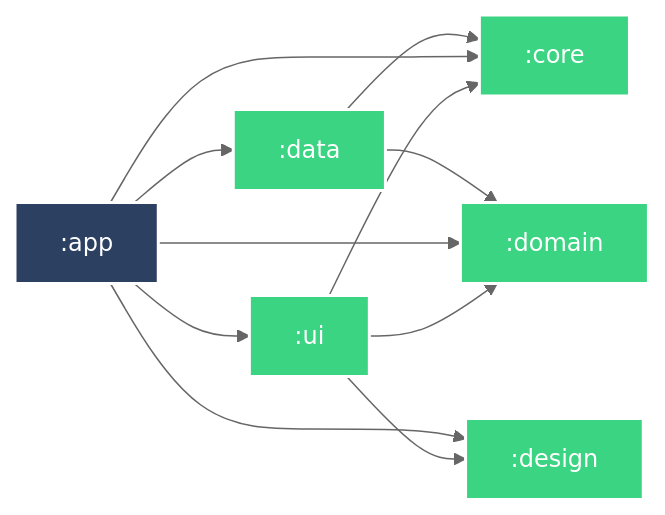
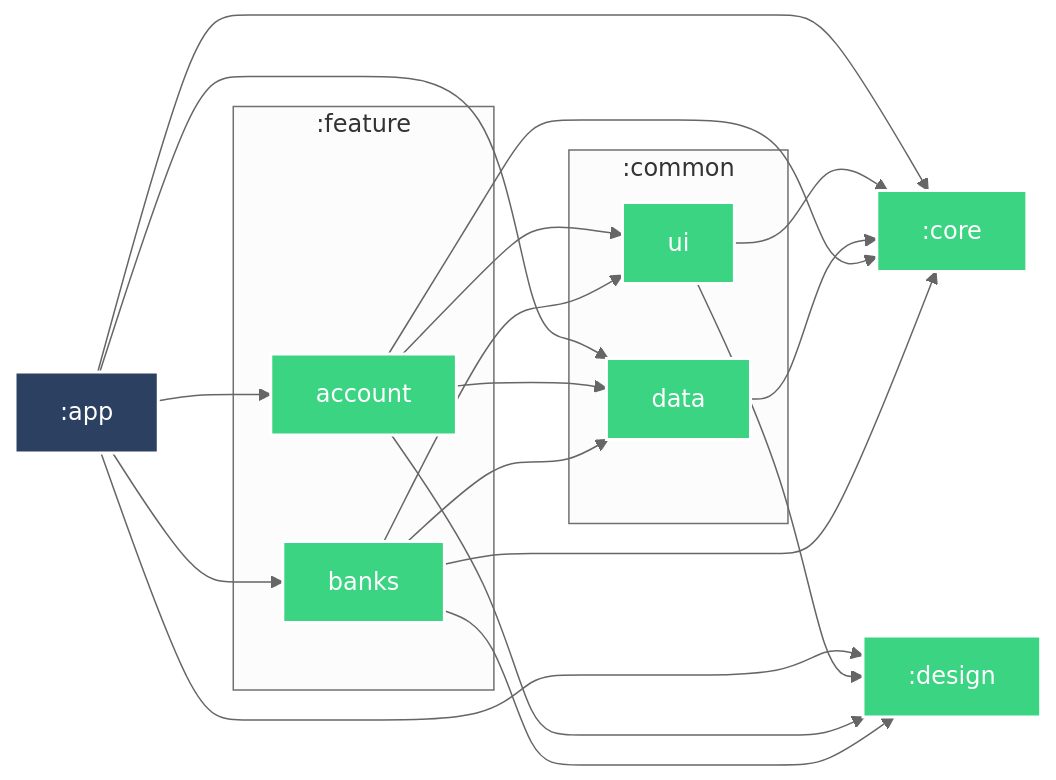
The diagram in docs/README.md (r4dixx/CATSikel), drawn with Mermaid before and after one commit. The commit also changed 89 other files, not shown here.

Commit message:
Refacto archi (feature and common modules)

````diff
--- a/docs/README.md
+++ b/docs/README.md
@@ -3,29 +3,44 @@
 ```mermaid
 %%{
   init: {
     'theme': 'neutral'
   }
 }%%
 
 graph LR
-  :ui --> :core
-  :ui --> :design
-  :ui --> :domain
+  subgraph :common
+    :common:data["data"]
+    :common:ui["ui"]
+  end
+  subgraph :feature
+    :feature:banks["banks"]
+    :feature:account["account"]
+  end
+  :feature:banks --> :core
+  :feature:banks --> :design
+  :feature:banks --> :common:data
+  :feature:banks --> :common:ui
+  :feature:account --> :core
+  :feature:account --> :design
+  :feature:account --> :common:data
+  :feature:account --> :common:ui
+  :common:data --> :core
+  :common:ui --> :core
+  :common:ui --> :design
+  :app --> :common:data
   :app --> :core
-  :app --> :data
   :app --> :design
-  :app --> :domain
-  :app --> :ui
-  :data --> :core
-  :data --> :domain
+  :app --> :feature:account
+  :app --> :feature:banks
 
 classDef android-library fill:#3BD482,stroke:#fff,stroke-width:2px,color:#fff;
 classDef android-application fill:#2C4162,stroke:#fff,stroke-width:2px,color:#fff;
-class :ui android-library
+class :feature:banks android-library
 class :core android-library
 class :design android-library
-class :domain android-library
+class :common:data android-library
+class :common:ui android-library
+class :feature:account android-library
 class :app android-application
-class :data android-library
 
 ```
````
